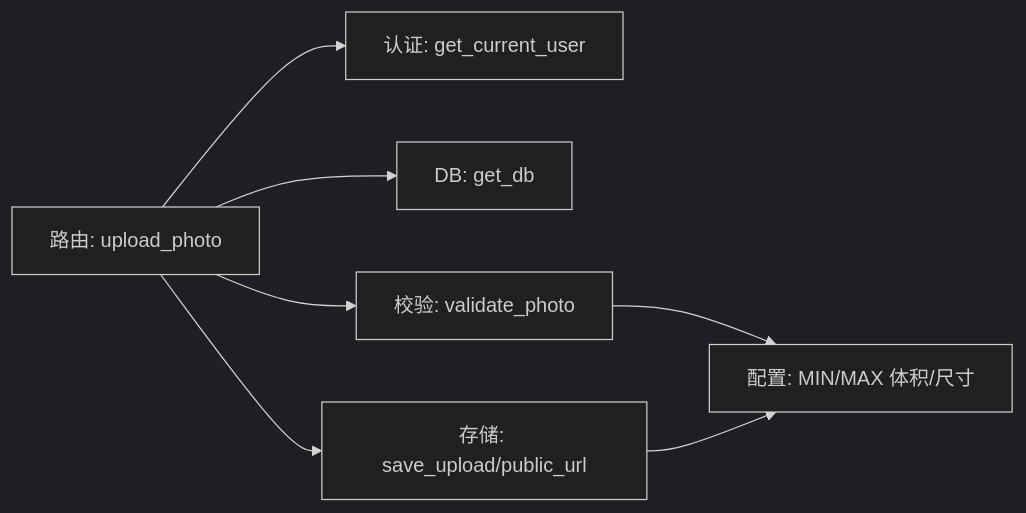
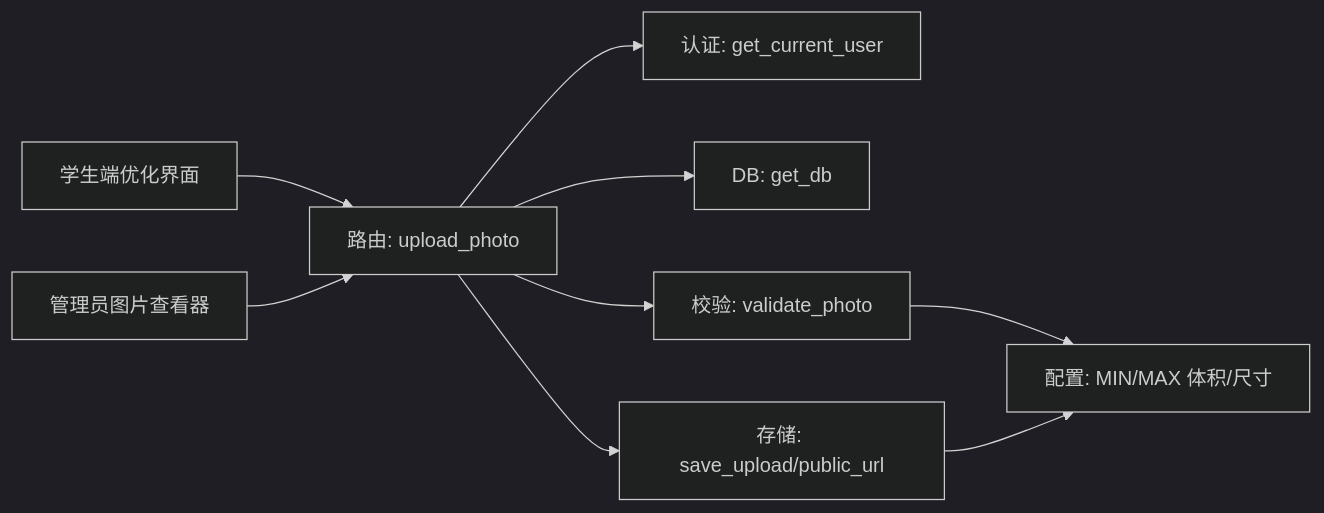
One commit to onebody/homework changed the fifth of 5 diagrams in .qoder/repowiki/zh/content/API接口文档/打卡接口/图片上传接口.md. Above: the diagram before and after it, drawn with Mermaid (dark theme). The commit also changed other lines of this file and 3 other files, not shown here.

````diff
--- a/.qoder/repowiki/zh/content/API接口文档/打卡接口/图片上传接口.md
+++ b/.qoder/repowiki/zh/content/API接口文档/打卡接口/图片上传接口.md
@@ -215,9 +243,11 @@
 ```mermaid
 graph LR
 Router["路由: upload_photo"] --> Auth["认证: get_current_user"]
 Router --> DB["DB: get_db"]
 Router --> Img["校验: validate_photo"]
 Router --> Sto["存储: save_upload/public_url"]
 Img --> Cfg["配置: MIN/MAX 体积/尺寸"]
 Sto --> Cfg
+StudentUI["学生端优化界面"] --> Router
+AdminUI["管理员图片查看器"] --> Router
 ```
````
